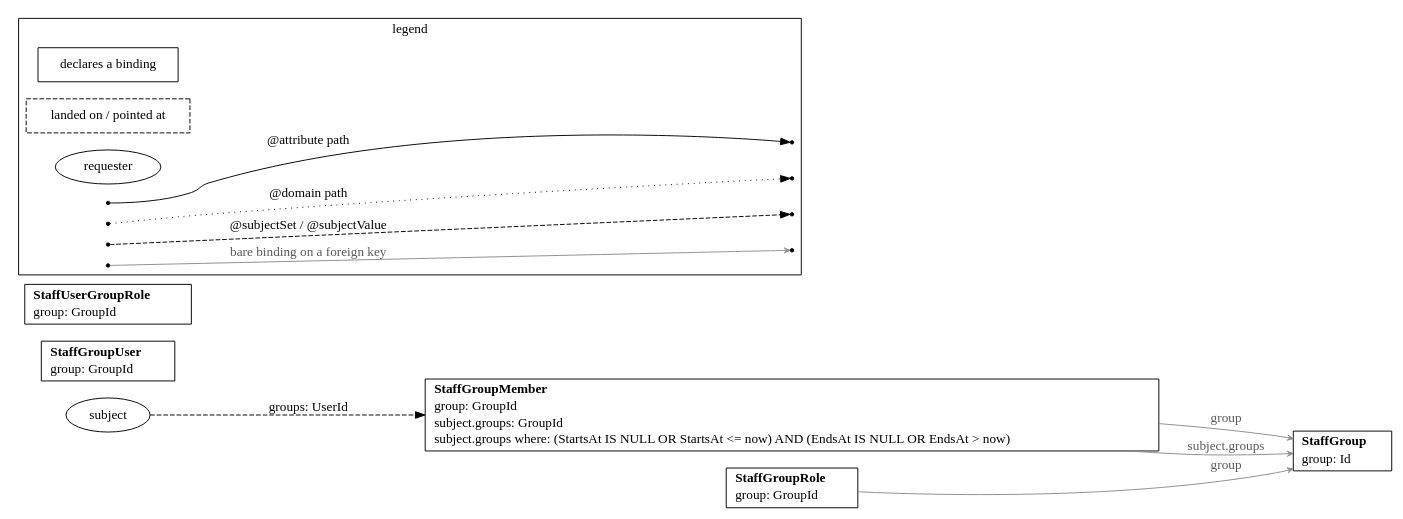
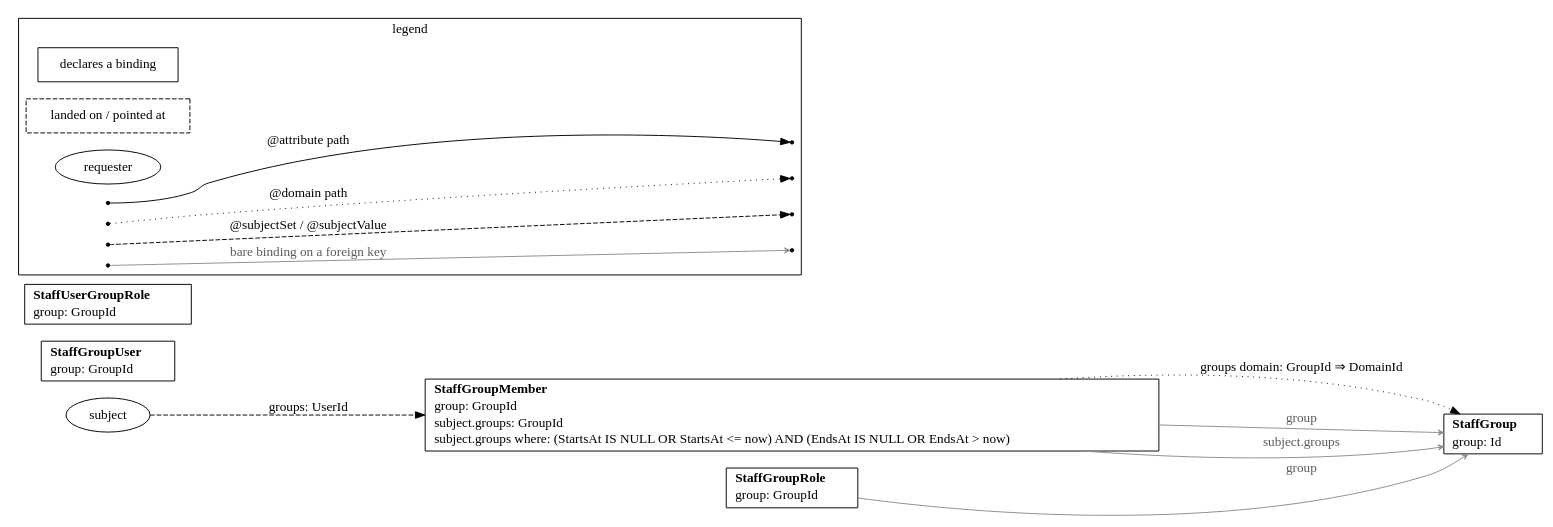
One commit to impulseframework/impulse changed the diagram in cmd/impulse/internal/skeleton/_candidates/solo/pkg/resources/zz_gen_bindings.dot. Above: the diagram before and after it, drawn with Graphviz. The commit also changed 16 other files, not shown here.

First line of the commit message:
fix(impulse): an application made from a skeleton keeps a person's groups to their own tenant's requests

```diff
--- a/cmd/impulse/internal/skeleton/_candidates/solo/pkg/resources/zz_gen_bindings.dot
+++ b/cmd/impulse/internal/skeleton/_candidates/solo/pkg/resources/zz_gen_bindings.dot
@@ -1,46 +1,51 @@
 // Code generated by resourcegeneration. DO NOT EDIT.
 // Bindings: every attribute and subject binding this package declares. A box per
 // declaring resource lists its bare bindings as `name: column`; dashed boxes are
 // the tables a path lands on or a foreign key points at; the subject ellipse is
 // the requester, entering each anchor once with every name it yields there. One
 // edge per hop, drawn once however many paths share it: solid for @attribute,
 // dotted for @domain, dashed for a subject binding, labeled `name: column` on a
 // continuing hop and `name: column ⇒ column` where the path terminates; a thin
 // grey edge points a bare binding on a foreign key at its table. Facts only: no
 // grant or condition is drawn.
 // A subject set that writes a who: or a where: part lists each under the set, in
 // the columns' names: who: says which rows are the requester's, where: which of
 // those rows count. A set that builds on another is a dashed edge from the
 // resource declaring that other set, labeled `name: column IN subject.other`.
+// A subject set that writes a domain: part says where its rows' tenant is found,
+// and in a request with a tenant the set holds that tenant's rows alone. The path
+// is drawn dotted, as @domain's is, under the set's name: `name domain: column` on
+// a continuing hop and `name domain: column ⇒ column` where it reads the tenant.
 digraph Bindings {
 	rankdir=LR;
 	node [shape=box];
 	"StaffGroup" [label=<<table border="0" cellborder="0" cellspacing="0" cellpadding="1"><tr><td align="left"><b>StaffGroup</b></td></tr><tr><td align="left">group: Id</td></tr></table>>];
 	"StaffGroupMember" [label=<<table border="0" cellborder="0" cellspacing="0" cellpadding="1"><tr><td align="left"><b>StaffGroupMember</b></td></tr><tr><td align="left">group: GroupId</td></tr><tr><td align="left">subject.groups: GroupId</td></tr><tr><td align="left">subject.groups where: (StartsAt IS NULL OR StartsAt &lt;= now) AND (EndsAt IS NULL OR EndsAt &gt; now)</td></tr></table>>];
 	"StaffGroupRole" [label=<<table border="0" cellborder="0" cellspacing="0" cellpadding="1"><tr><td align="left"><b>StaffGroupRole</b></td></tr><tr><td align="left">group: GroupId</td></tr></table>>];
 	"StaffGroupUser" [label=<<table border="0" cellborder="0" cellspacing="0" cellpadding="1"><tr><td align="left"><b>StaffGroupUser</b></td></tr><tr><td align="left">group: GroupId</td></tr></table>>];
 	"StaffUserGroupRole" [label=<<table border="0" cellborder="0" cellspacing="0" cellpadding="1"><tr><td align="left"><b>StaffUserGroupRole</b></td></tr><tr><td align="left">group: GroupId</td></tr></table>>];
 	"subject" [shape=ellipse];
+	"StaffGroupMember" -> "StaffGroup" [style=dotted, label="groups domain: GroupId ⇒ DomainId"];
 	"subject" -> "StaffGroupMember" [style=dashed, label="groups: UserId"];
 	"StaffGroupMember" -> "StaffGroup" [color=gray55, fontcolor=gray35, arrowhead=vee, arrowsize=0.6, label="group"];
 	"StaffGroupMember" -> "StaffGroup" [color=gray55, fontcolor=gray35, arrowhead=vee, arrowsize=0.6, label="subject.groups"];
 	"StaffGroupRole" -> "StaffGroup" [color=gray55, fontcolor=gray35, arrowhead=vee, arrowsize=0.6, label="group"];
 	subgraph cluster_legend {
 		label="legend";
 		"declares a binding" [shape=box];
 		"landed on / pointed at" [shape=box, style=dashed];
 		"requester" [shape=ellipse];
 		"legend:attribute" [shape=point];
 		"legend:attribute:to" [shape=point];
 		"legend:domain" [shape=point];
 		"legend:domain:to" [shape=point];
 		"legend:subject" [shape=point];
 		"legend:subject:to" [shape=point];
 		"legend:reference" [shape=point];
 		"legend:reference:to" [shape=point];
 		"legend:attribute" -> "legend:attribute:to" [label="@attribute path"];
 		"legend:domain" -> "legend:domain:to" [style=dotted, label="@domain path"];
 		"legend:subject" -> "legend:subject:to" [style=dashed, label="@subjectSet / @subjectValue"];
 		"legend:reference" -> "legend:reference:to" [color=gray55, fontcolor=gray35, arrowhead=vee, arrowsize=0.6, label="bare binding on a foreign key"];
 	}
 }
```
